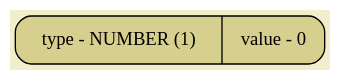
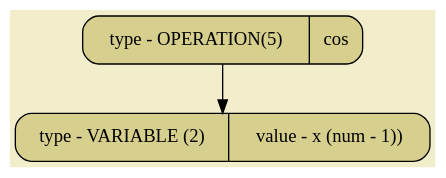
One commit to SashaKhaytina/Differenciator changed the diagram in all_dumps/pictures/image04.dot. Above: the diagram before and after it, drawn with Graphviz. The commit also changed 30 other files, not shown here.

```diff
--- a/all_dumps/pictures/image04.dot
+++ b/all_dumps/pictures/image04.dot
@@ -1,6 +1,8 @@
 digraph
 {
 bgcolor="#F2EECB";
 rankdir = TB;
-POINT_0x636c9d3b1ee0[shape=Mrecord, label = "type - NUMBER (1) | value - 0", style="filled",fillcolor="#D7CF8D"]
+POINT_0x64d470c4ee60[shape=Mrecord, label = "type - OPERATION(5) | cos", style="filled",fillcolor="#D7CF8D"]
+POINT_0x64d470c4eda0[shape=Mrecord, label = "type - VARIABLE (2) | value - x (num - 1))", style="filled",fillcolor="#D7CF8D"]
+POINT_0x64d470c4ee60 -> POINT_0x64d470c4eda0
 }
```
